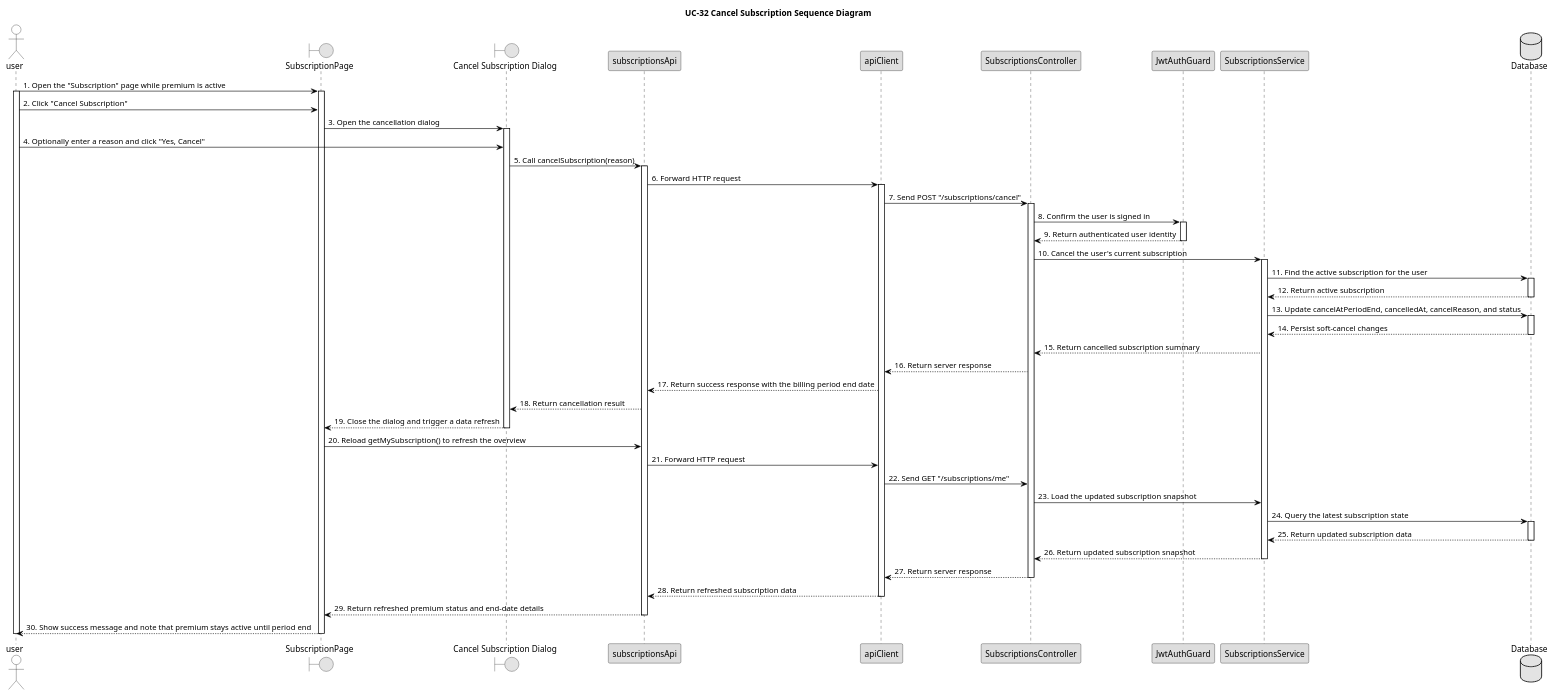
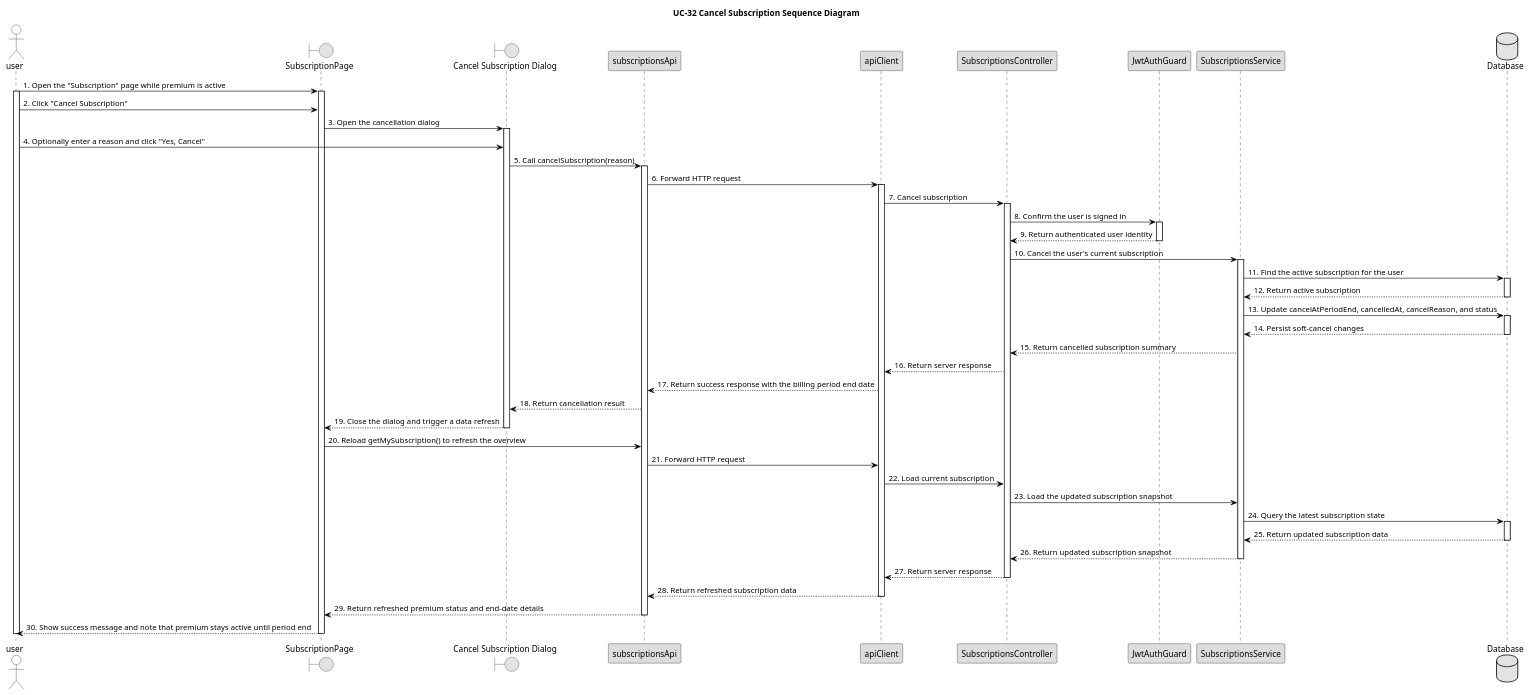
Before and after one commit to bangdcce/SEP492-Project: the diagram in diagram/sequence/uc32_cancel_subscription_sequence_diagram.puml, drawn with PlantUML. The commit also changed 130 other files, not shown here.

```diff
--- a/diagram/sequence/uc32_cancel_subscription_sequence_diagram.puml
+++ b/diagram/sequence/uc32_cancel_subscription_sequence_diagram.puml
@@ -158,7 +158,7 @@
 
 
 
-ApiClient -> Controller : 7. Send POST "/subscriptions/cancel"
+ApiClient -> Controller : 7. Cancel subscription
 
 
 
@@ -254,7 +254,7 @@
 
 
 
-ApiClient -> Controller : 22. Send GET "/subscriptions/me"
+ApiClient -> Controller : 22. Load current subscription
 
 
 
```
